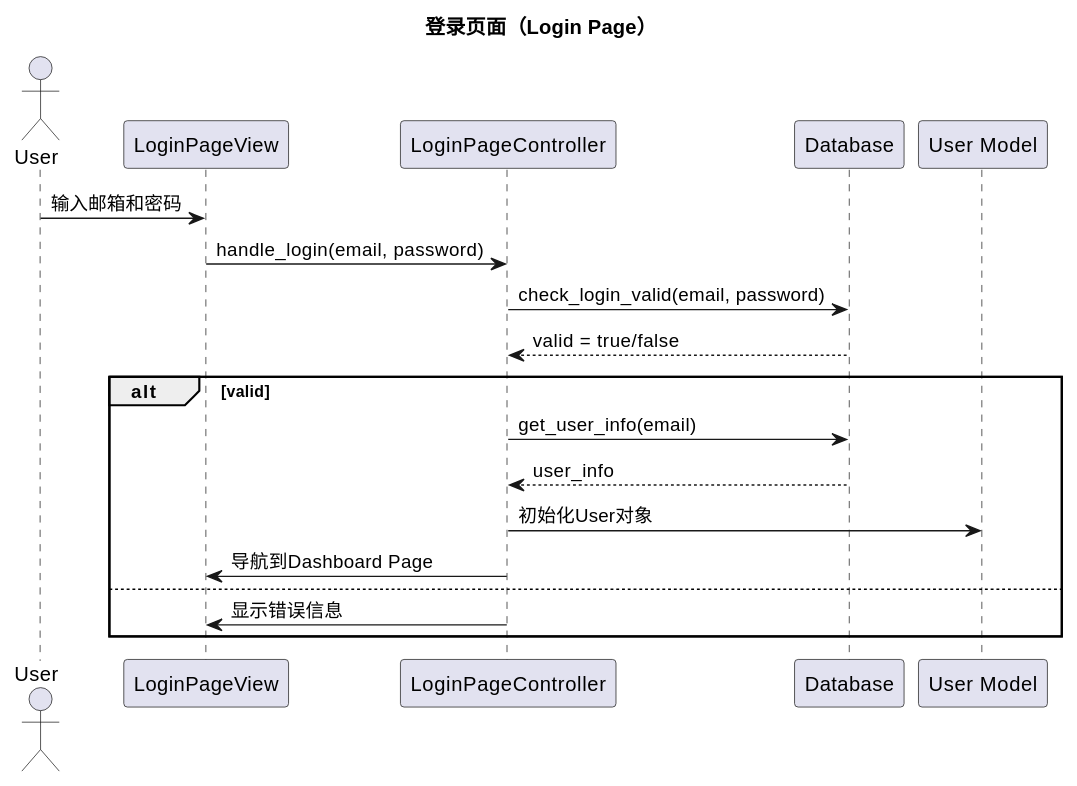
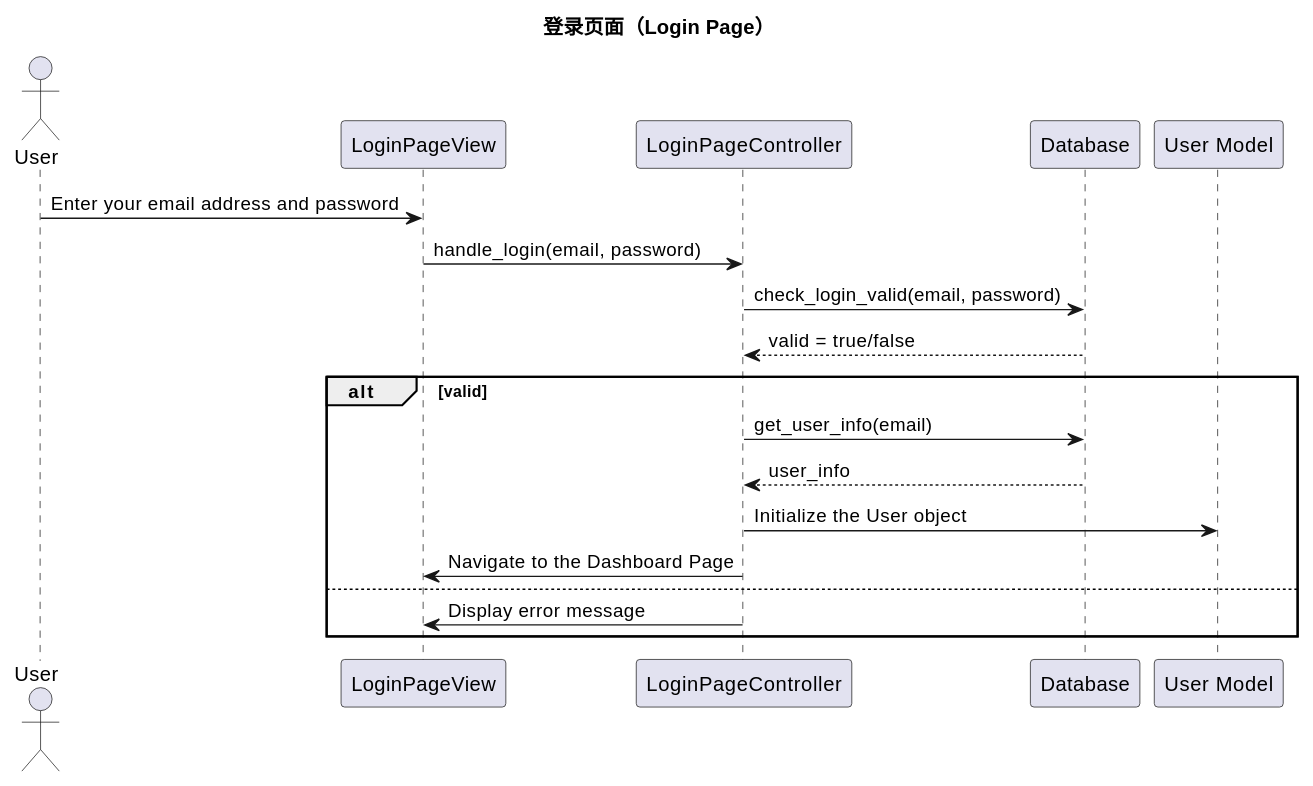
Before and after one commit to violeteye1234/group23_COMPS350F: the second of 16 diagrams in planing/class_diagrams.md, drawn with PlantUML. The commit also changed other lines of this file and 45 other files, not shown here.

````diff
--- a/planing/class_diagrams.md
+++ b/planing/class_diagrams.md
@@ -114,24 +114,24 @@
 ```plantuml
 @startuml
 title 登录页面（Login Page）
 
 actor User
 participant "LoginPageView" as View
 participant "LoginPageController" as Controller
 participant "Database" as DB
 participant "User Model" as UserModel
 
-User -> View: 输入邮箱和密码
+User -> View: Enter your email address and password
 View -> Controller: handle_login(email, password)
 Controller -> DB: check_login_valid(email, password)
 DB --> Controller: valid = true/false
 alt valid
     Controller -> DB: get_user_info(email)
     DB --> Controller: user_info
-    Controller -> UserModel: 初始化User对象
-    Controller -> View: 导航到Dashboard Page
+    Controller -> UserModel: Initialize the User object
+    Controller -> View: Navigate to the Dashboard Page
 else
-    Controller -> View: 显示错误信息
+    Controller -> View: Display error message
 end
 @enduml
 ```
````
